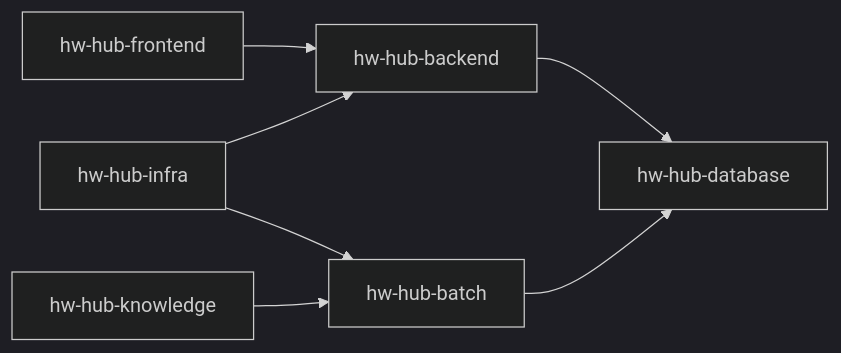
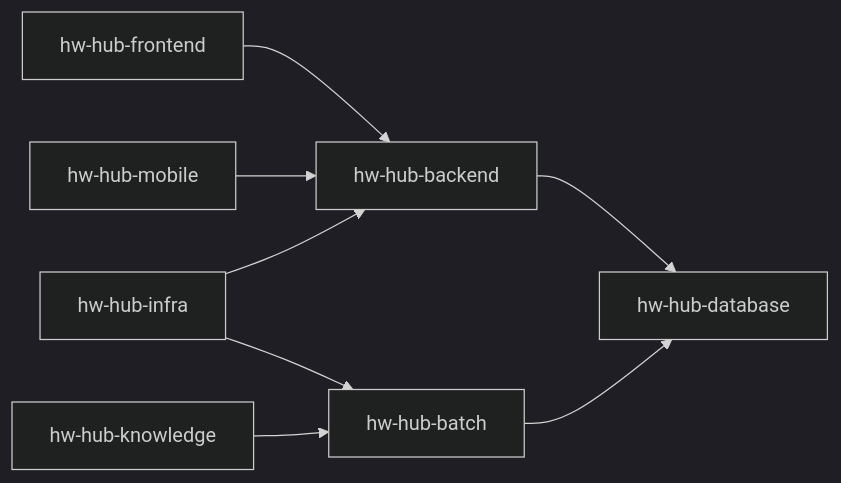
One commit to ryokkon624/hw-hub-infra changed the sixth of 8 diagrams in README.md. Above: the diagram before and after it, drawn with Mermaid (dark theme). The commit also changed other lines of this file, not shown here.

Commit message:
docs: README.mdにhw-hub-mobileセクションを追加し、全リポジトリに反映する (ryokkon624/hw-hub-manage#180)

````diff
--- a/README.md
+++ b/README.md
@@ -215,17 +224,19 @@
 ```mermaid
 flowchart LR
 
 Frontend["hw-hub-frontend"]
+Mobile["hw-hub-mobile"]
 Backend["hw-hub-backend"]
 Batch["hw-hub-batch"]
 DB["hw-hub-database"]
 Infra["hw-hub-infra"]
 Knowledge["hw-hub-knowledge"]
 
 Frontend --> Backend
+Mobile --> Backend
 Backend --> DB
 Batch --> DB
 Knowledge --> Batch
 Infra --> Backend
 Infra --> Batch
 ```
````
